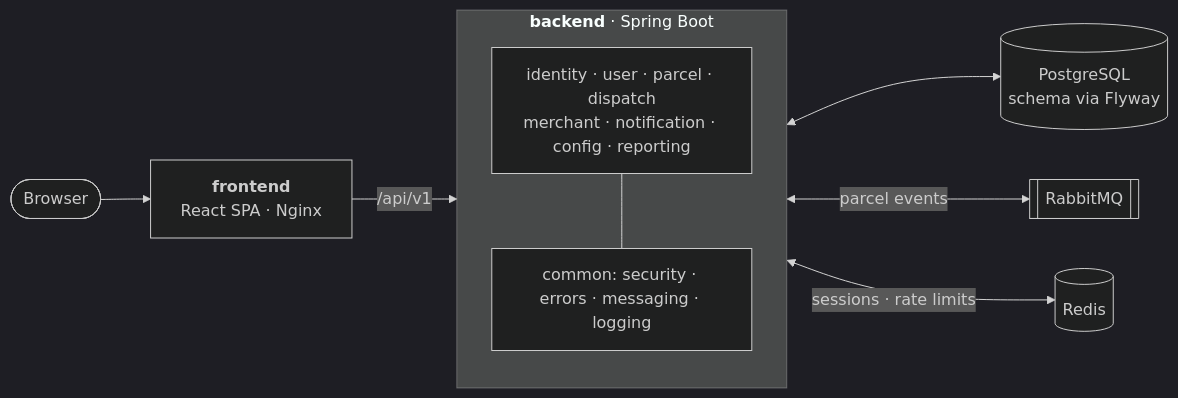
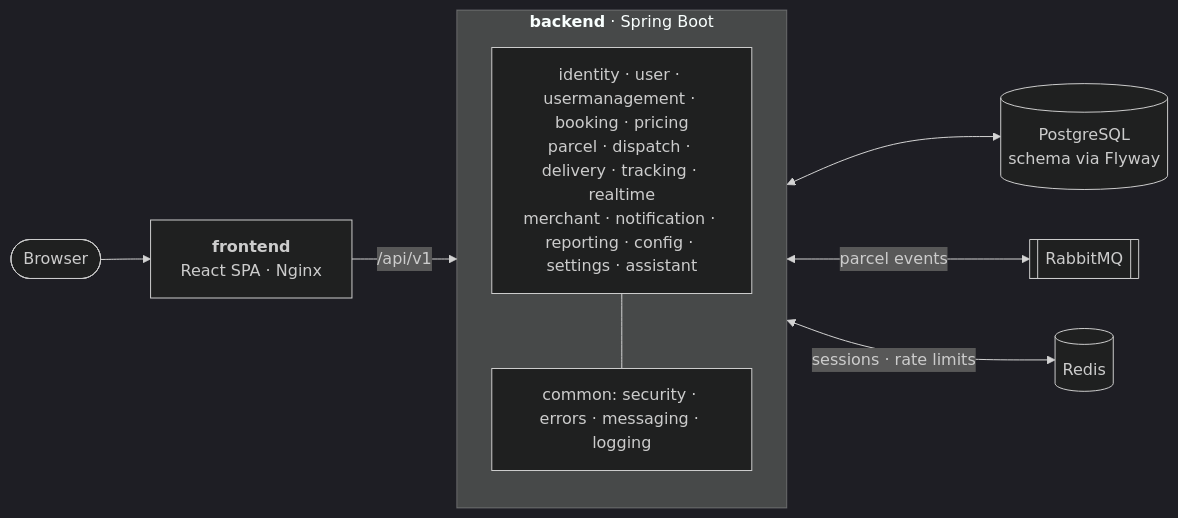
Before and after one commit to dinithrathnayaka23/swiftdrop: the diagram in README.md, drawn with Mermaid (dark theme). The commit also changed other lines of this file, not shown here.

````diff
--- a/README.md
+++ b/README.md
@@ -53,16 +53,16 @@
 ```mermaid
 flowchart LR
     user([Browser]) --> fe["<b>frontend</b><br/>React SPA · Nginx"]
     fe -- "/api/v1" --> be
 
     subgraph be["<b>backend</b> · Spring Boot"]
         direction TB
-        mods["identity · user · parcel · dispatch<br/>merchant · notification · config · reporting"]
+        mods["identity · user · usermanagement · booking · pricing<br/>parcel · dispatch · delivery · tracking · realtime<br/>merchant · notification · reporting · config · settings · assistant"]
         common["common: security · errors · messaging · logging"]
         mods --- common
     end
 
     be <--> db[("PostgreSQL<br/>schema via Flyway")]
     be <-- "parcel events" --> mq[["RabbitMQ"]]
     be <-- "sessions · rate limits" --> cache[("Redis")]
 ```
````
